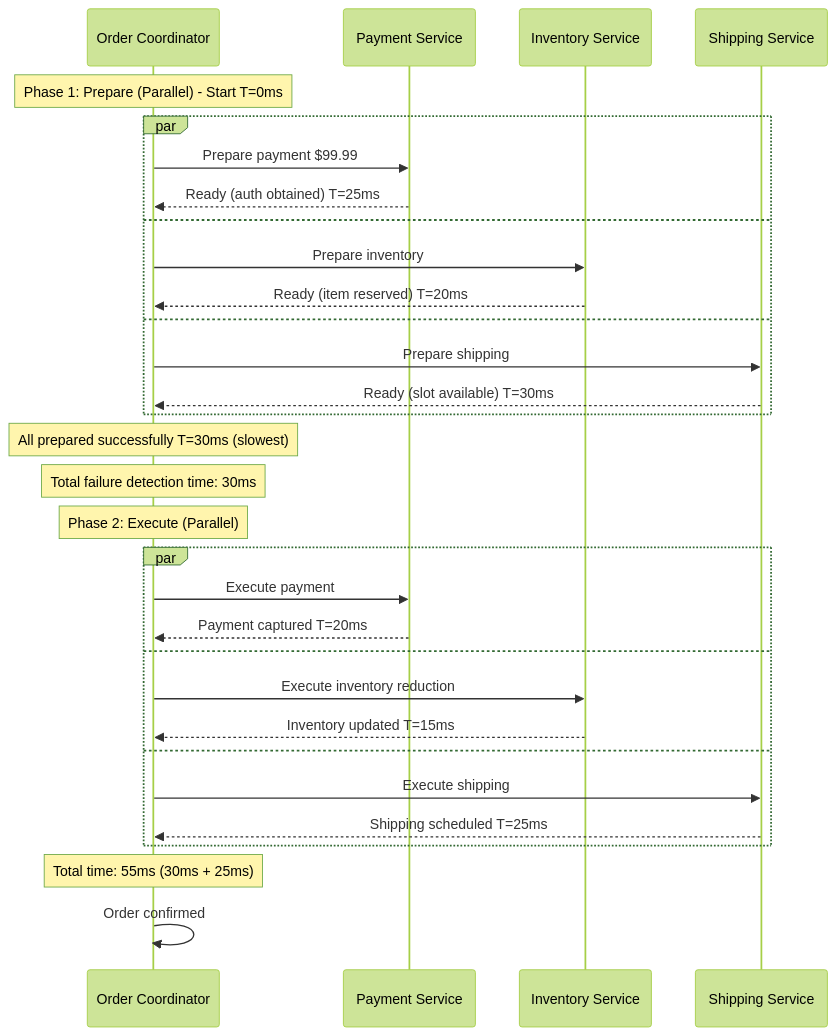
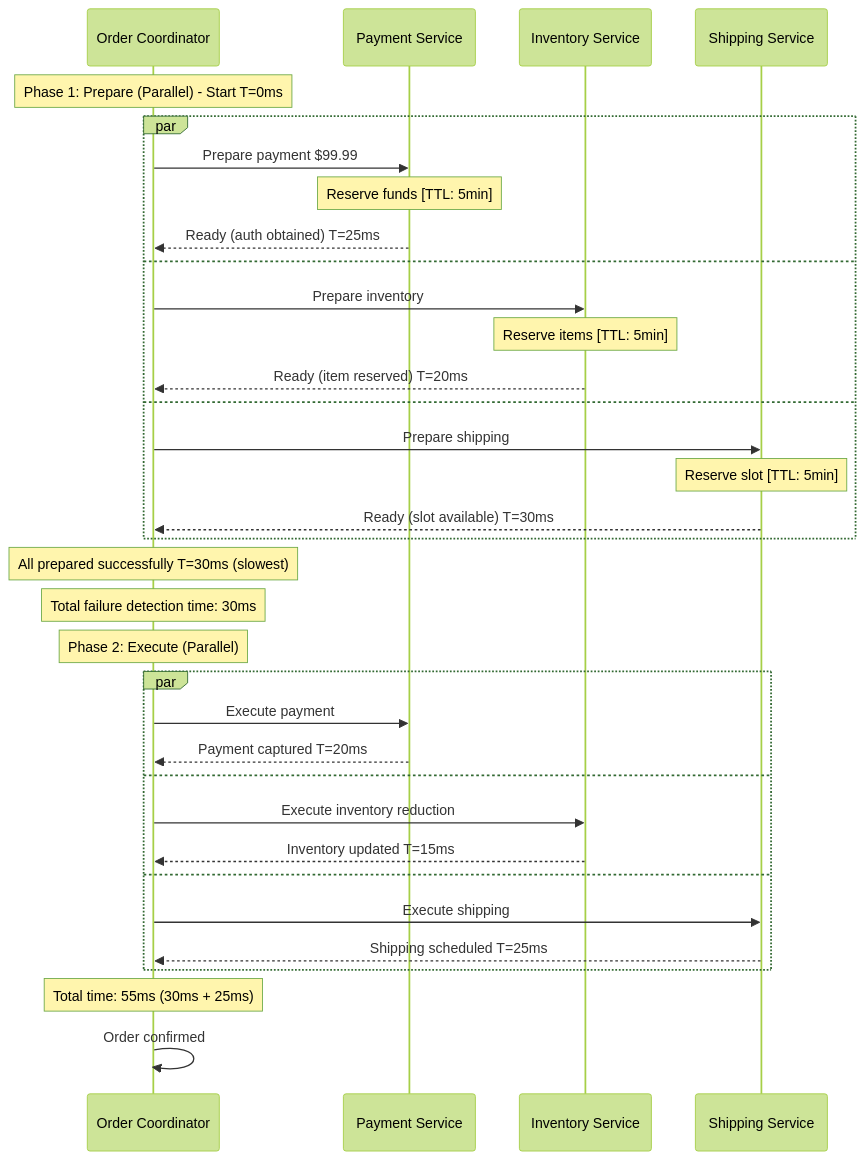
The seventh of 23 diagrams in doc/dxp-03-sequence-diagrams.md (ha1tch/dxp), drawn with Mermaid (forest theme) before and after one commit. The commit also changed other lines of this file and 6 other files, not shown here.

````diff
--- a/doc/dxp-03-sequence-diagrams.md
+++ b/doc/dxp-03-sequence-diagrams.md
@@ -273,37 +292,40 @@
 ```mermaid
 sequenceDiagram
     participant O as Order Coordinator
     participant P as Payment Service
     participant I as Inventory Service
     participant S as Shipping Service
 
     Note over O: Phase 1: Prepare (Parallel) - Start T=0ms
     par
         O->>P: Prepare payment $99.99
+        Note over P: Reserve funds [TTL: 5min]
         P-->>O: Ready (auth obtained) T=25ms
     and
         O->>I: Prepare inventory
+        Note over I: Reserve items [TTL: 5min]
         I-->>O: Ready (item reserved) T=20ms
     and
         O->>S: Prepare shipping
+        Note over S: Reserve slot [TTL: 5min]
         S-->>O: Ready (slot available) T=30ms
     end
 
     Note over O: All prepared successfully T=30ms (slowest)
     Note over O: Total failure detection time: 30ms
     
     Note over O: Phase 2: Execute (Parallel)
     par
         O->>P: Execute payment
         P-->>O: Payment captured T=20ms
     and
         O->>I: Execute inventory reduction
         I-->>O: Inventory updated T=15ms
     and
         O->>S: Execute shipping
         S-->>O: Shipping scheduled T=25ms
     end
 
     Note over O: Total time: 55ms (30ms + 25ms)
     O->>O: Order confirmed
 ```
````
